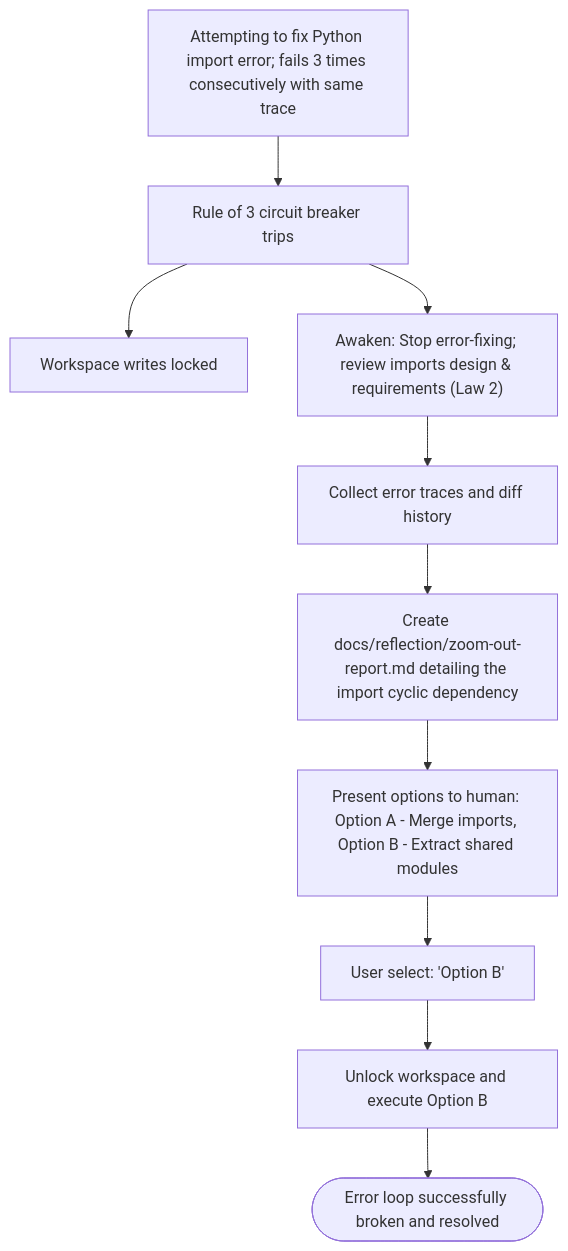
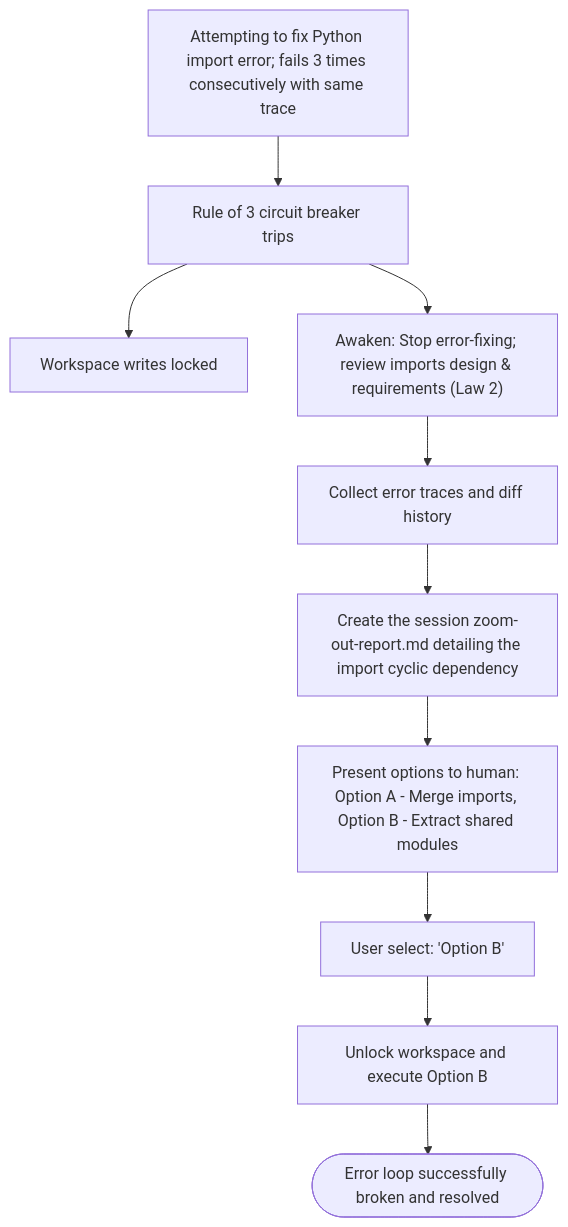
One commit to dyphn1/Harness-everything changed the third of 3 diagrams in docs/workflows/zoom-out.md. Above: the diagram before and after it, drawn with Mermaid. The commit also changed other lines of this file and 59 other files, not shown here.

````diff
--- a/docs/workflows/zoom-out.md
+++ b/docs/workflows/zoom-out.md
@@ -53,12 +53,12 @@
 ```mermaid
 graph TD
   Start["Attempting to fix Python import error; fails 3 times consecutively with same trace"] --> Trigger["Rule of 3 circuit breaker trips"]
   Trigger --> Lock["Workspace writes locked"]
   Trigger --> Awaken["Awaken: Stop error-fixing; review imports design & requirements (Law 2)"]
   Awaken --> Collect["Collect error traces and diff history"]
-  Collect --> WriteReport["Create docs/reflection/zoom-out-report.md detailing the import cyclic dependency"]
+  Collect --> WriteReport["Create the session zoom-out-report.md detailing the import cyclic dependency"]
   WriteReport --> Present["Present options to human: Option A - Merge imports, Option B - Extract shared modules"]
   Present --> UserChoice["User select: 'Option B'"]
   UserChoice --> Unlock["Unlock workspace and execute Option B"]
   Unlock --> Done([Error loop successfully broken and resolved])
 ```
````
